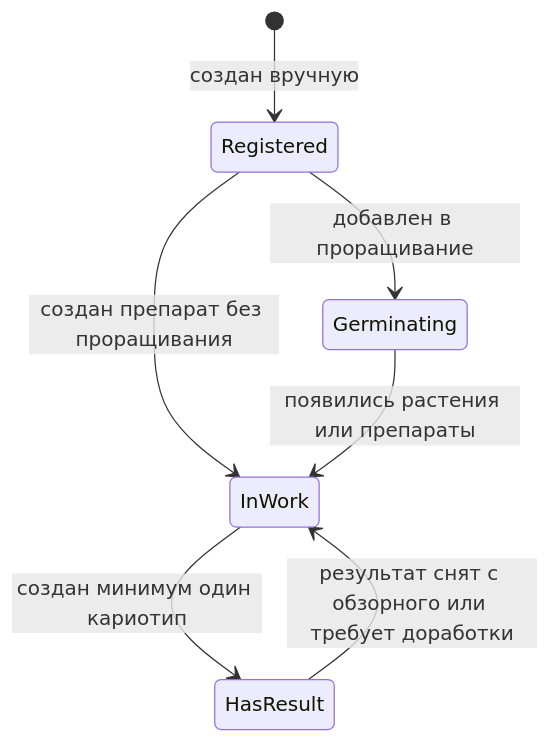
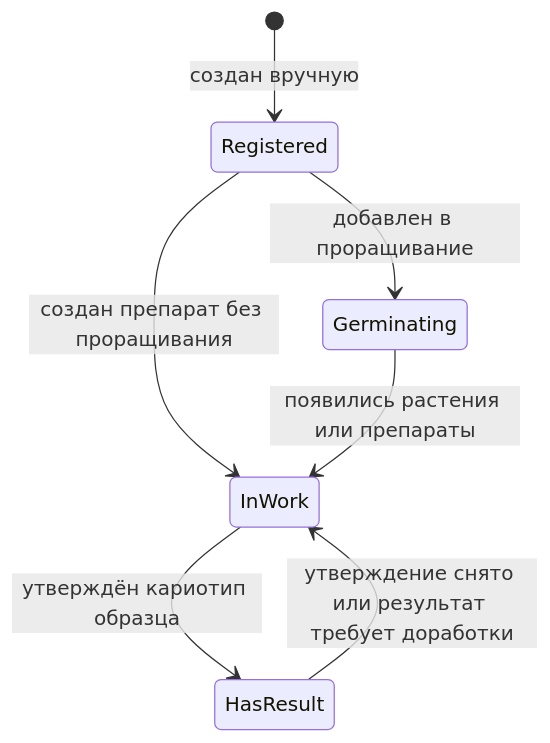
Before and after one commit to Sycheslav/karyolab: the first of 4 diagrams in docs/журнал/03_статусы_и_жизненные_циклы.md, drawn with Mermaid. The commit also changed other lines of this file and 174 other files, not shown here.

Commit message:
Remove unused canvas file, update graph scaling in configuration, and enhance documentation on karyotype and anomaly classifications. Introduce saved comparison feature for better data management and improve event handling in the workflow.

````diff
--- a/docs/журнал/03_статусы_и_жизненные_циклы.md
+++ b/docs/журнал/03_статусы_и_жизненные_циклы.md
@@ -9,9 +9,9 @@
 ```mermaid
 stateDiagram-v2
     [*] --> Registered: создан вручную
     Registered --> Germinating: добавлен в проращивание
     Registered --> InWork: создан препарат без проращивания
     Germinating --> InWork: появились растения или препараты
-    InWork --> HasResult: создан минимум один кариотип
-    HasResult --> InWork: результат снят с обзорного или требует доработки
+    InWork --> HasResult: утверждён кариотип образца
+    HasResult --> InWork: утверждение снято или результат требует доработки
 ```
````
